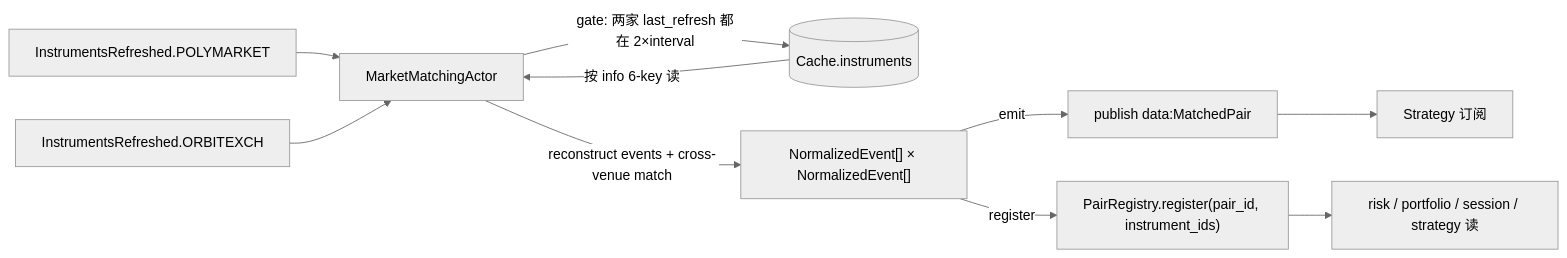
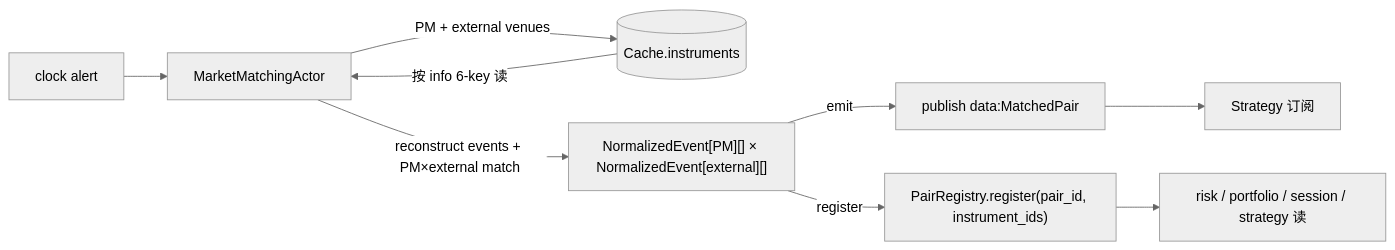
The first of 2 diagrams in docs/arbitrage/architectures/matching/architecture.md (psnewer/nautilus_trader), drawn with Mermaid (neutral theme) before and after one commit. The commit also changed other lines of this file and 75 other files, not shown here.

````diff
--- a/docs/arbitrage/architectures/matching/architecture.md
+++ b/docs/arbitrage/architectures/matching/architecture.md
@@ -27,12 +27,11 @@
 ```mermaid
 flowchart LR
-  EVpm["InstrumentsRefreshed.POLYMARKET"] --> MA[MarketMatchingActor]
-  EVoe["InstrumentsRefreshed.ORBITEXCH"] --> MA
-  MA -->|gate: 两家 last_refresh 都在 2×interval| C[(Cache.instruments)]
+  T["clock alert"] --> MA[MarketMatchingActor]
+  MA -->|PM + external venues| C[(Cache.instruments)]
   C -->|按 info 6-key 读| MA
-  MA -->|reconstruct events + cross-venue match| MATCH["NormalizedEvent[] × NormalizedEvent[]"]
+  MA -->|reconstruct events + PM×external match| MATCH["NormalizedEvent[PM][] × NormalizedEvent[external][]"]
   MATCH -->|emit| EV["publish data:MatchedPair"]
   MATCH -->|register| REG["PairRegistry.register(pair_id, instrument_ids)"]
   REG --> RPS["risk / portfolio / session / strategy 读"]
   EV --> ST[Strategy 订阅]
 ```
````
